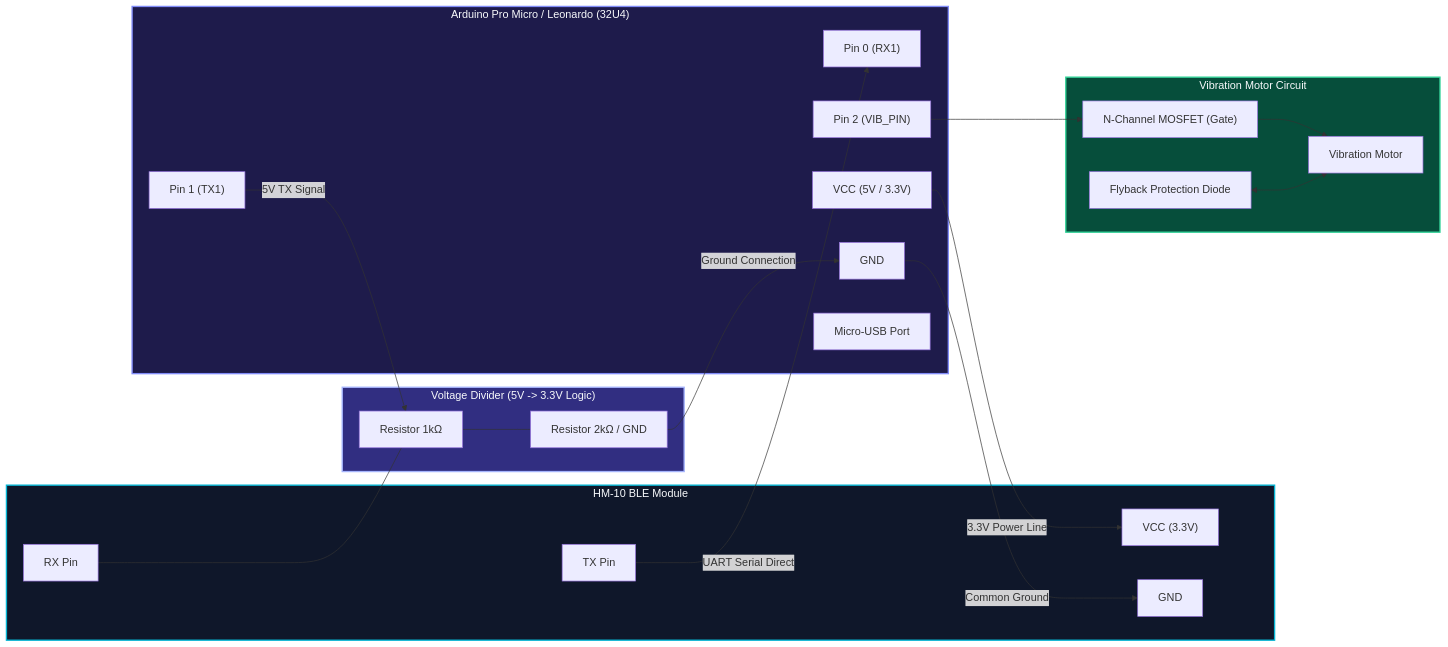
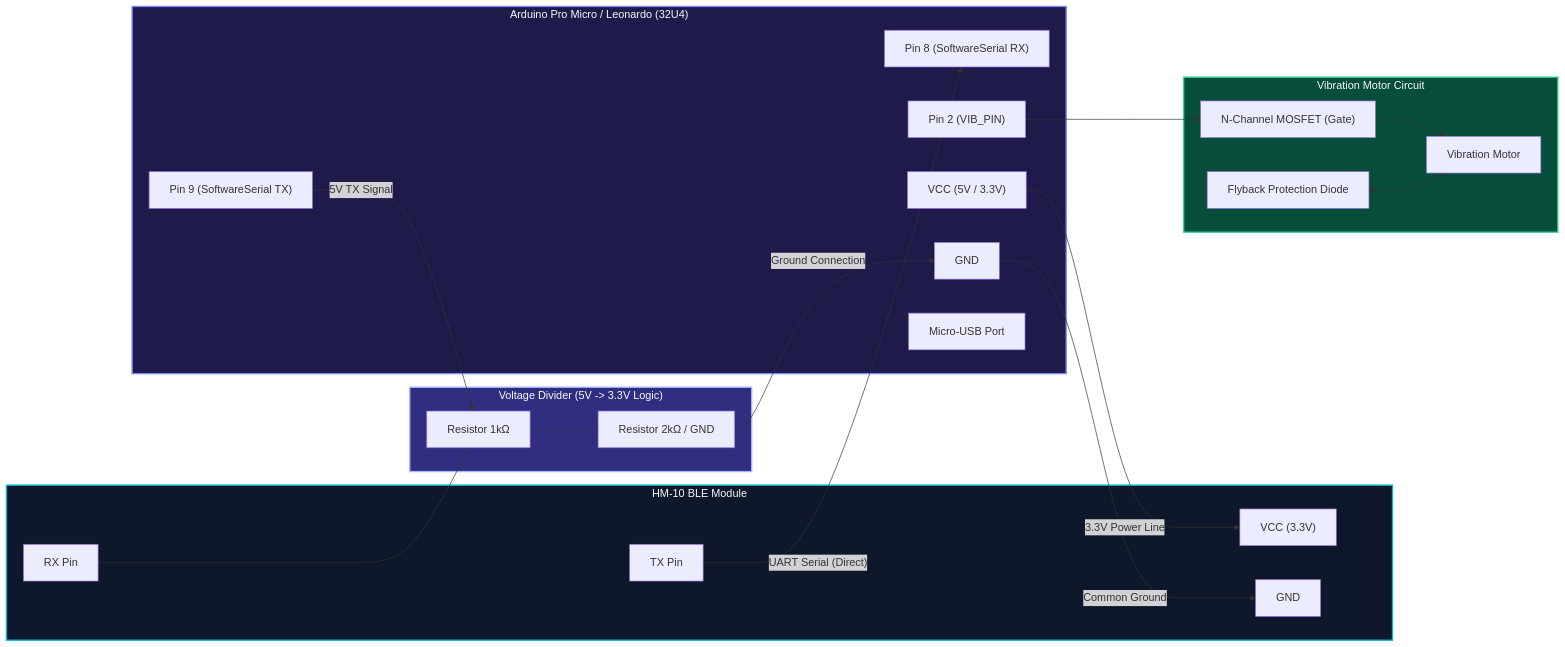
Before and after one commit to AtaCanYmc/RubberOtter: the second of 2 diagrams in README.md, drawn with Mermaid. The commit also changed other lines of this file, not shown here.

Commit message:
docs: update hardware wiring diagram and pin layout table for SoftwareSerial (Pin 8/9)

````diff
--- a/README.md
+++ b/README.md
@@ -89,45 +89,45 @@
 ```mermaid
 graph LR
     subgraph HM10["HM-10 BLE Module"]
         HM_TX["TX Pin"]
         HM_RX["RX Pin"]
         HM_VCC["VCC (3.3V)"]
         HM_GND["GND"]
     end
 
     subgraph Divider["Voltage Divider (5V -> 3.3V Logic)"]
         R1["Resistor 1kΩ"]
         R2["Resistor 2kΩ / GND"]
         HM_RX <--- R1
         R1 <--- R2
     end
 
     subgraph Micro["Arduino Pro Micro / Leonardo (32U4)"]
-        ARD_RX1["Pin 0 (RX1)"]
-        ARD_TX1["Pin 1 (TX1)"]
+        ARD_RX["Pin 8 (SoftwareSerial RX)"]
+        ARD_TX["Pin 9 (SoftwareSerial TX)"]
         ARD_VCC["VCC (5V / 3.3V)"]
         ARD_GND["GND"]
         ARD_VIB["Pin 2 (VIB_PIN)"]
         ARD_USB["Micro-USB Port"]
     end
 
     subgraph Motor["Vibration Motor Circuit"]
         MOSFET["N-Channel MOSFET (Gate)"]
         DIODE["Flyback Protection Diode"]
         VIB_MOTOR["Vibration Motor"]
         ARD_VIB --> MOSFET
         MOSFET --> VIB_MOTOR
         DIODE <--> VIB_MOTOR
     end
 
-    HM_TX -->|"UART Serial Direct"| ARD_RX1
-    ARD_TX1 -->|"5V TX Signal"| R1
+    HM_TX -->|"UART Serial (Direct)"| ARD_RX
+    ARD_TX -->|"5V TX Signal"| R1
     ARD_VCC -->|"3.3V Power Line"| HM_VCC
     ARD_GND -->|"Common Ground"| HM_GND
     R2 -->|"Ground Connection"| ARD_GND
 
     style HM10 fill:#0f172a,stroke:#06b6d4,stroke-width:2px,color:#f8fafc
     style Divider fill:#312e81,stroke:#a5b4fc,stroke-width:2px,color:#f8fafc
     style Micro fill:#1e1b4b,stroke:#818cf8,stroke-width:2px,color:#f8fafc
     style Motor fill:#064e3b,stroke:#34d399,stroke-width:2px,color:#f8fafc
 ```
````
